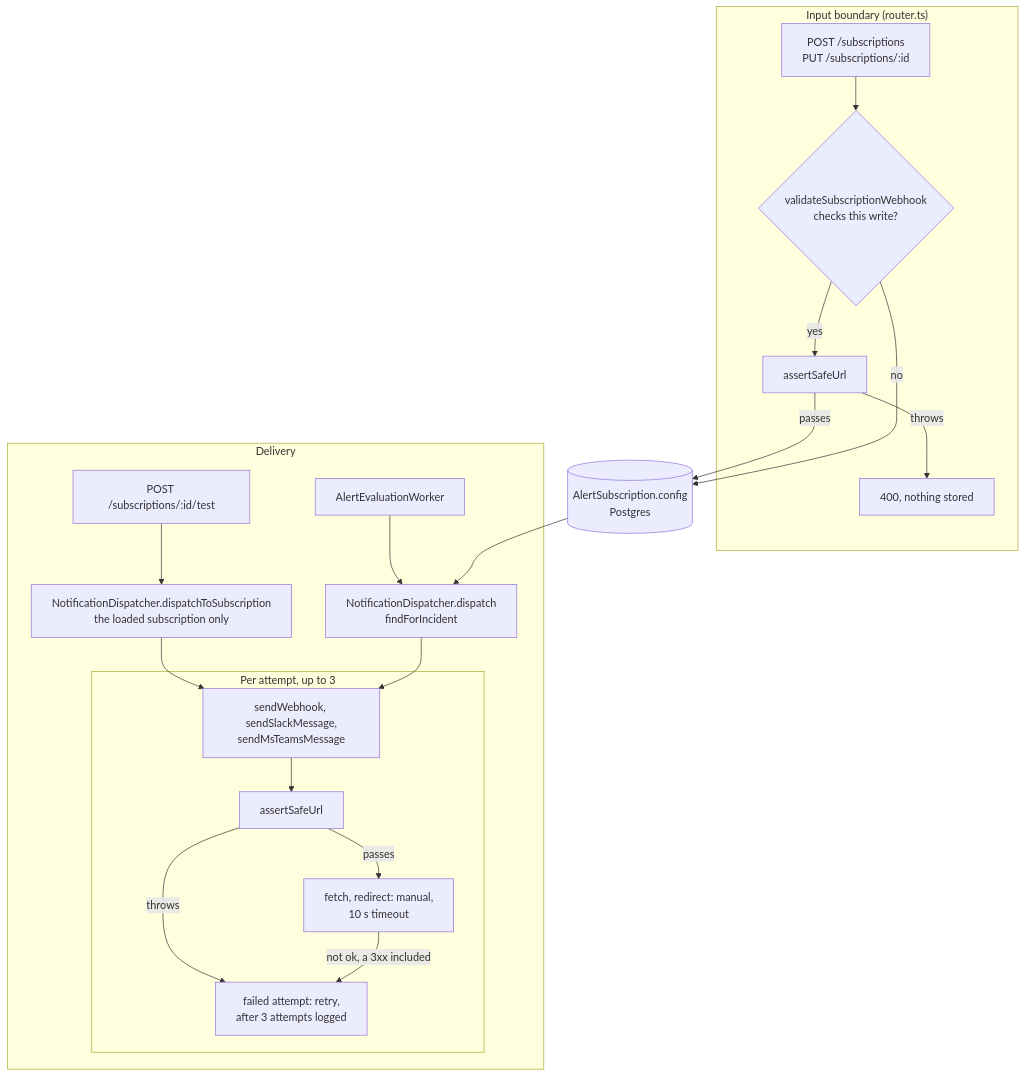
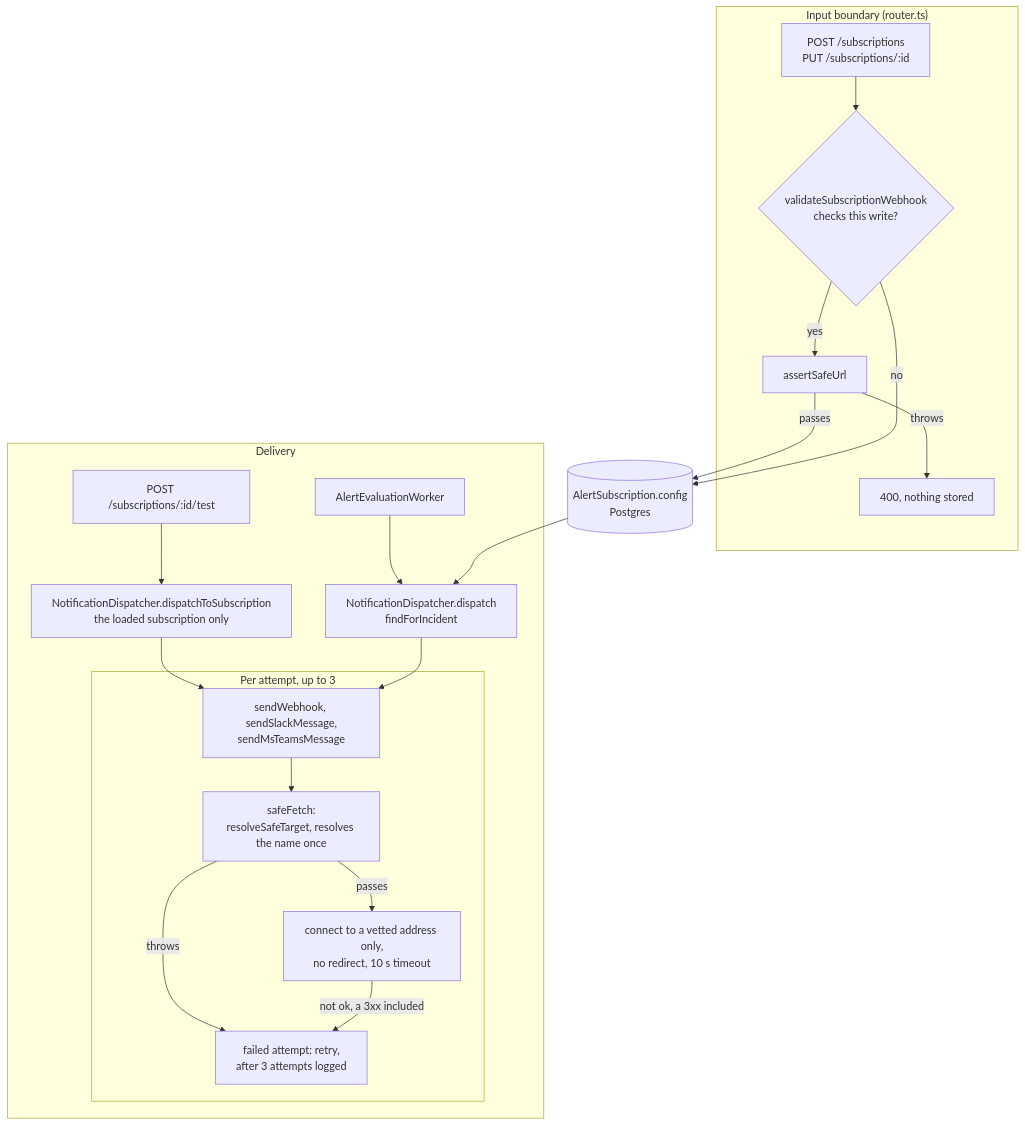
Before and after one commit to LanNguyenSi/telerithm: the diagram in docs/okf/notification-delivery-trust-boundary.md, drawn with Mermaid. The commit also changed other lines of this file and 17 other files, not shown here.

First line of the commit message:
fix(notifications): connect to the address the URL guard vetted (#184)

````diff
--- a/docs/okf/notification-delivery-trust-boundary.md
+++ b/docs/okf/notification-delivery-trust-boundary.md
@@ -41,23 +44,23 @@
 ```mermaid
 flowchart TD
   subgraph input["Input boundary (router.ts)"]
     W["POST /subscriptions<br/>PUT /subscriptions/:id"] --> V{"validateSubscriptionWebhook<br/>checks this write?"}
     V -->|yes| A1["assertSafeUrl"]
     A1 -->|throws| R400["400, nothing stored"]
   end
   A1 -->|passes| DB[("AlertSubscription.config<br/>Postgres")]
   V -->|no| DB
   subgraph delivery["Delivery"]
     AW["AlertEvaluationWorker"] --> F["NotificationDispatcher.dispatch<br/>findForIncident"]
     TR["POST /subscriptions/:id/test"] --> TD["NotificationDispatcher.dispatchToSubscription<br/>the loaded subscription only"]
     TD --> S
     F --> S
     subgraph attempt["Per attempt, up to 3"]
-      S["sendWebhook, sendSlackMessage,<br/>sendMsTeamsMessage"] --> A2["assertSafeUrl"]
-      A2 -->|passes| X["fetch, redirect: manual,<br/>10 s timeout"]
+      S["sendWebhook, sendSlackMessage,<br/>sendMsTeamsMessage"] --> A2["safeFetch:<br/>resolveSafeTarget, resolves the name once"]
+      A2 -->|passes| X["connect to a vetted address only,<br/>no redirect, 10 s timeout"]
       A2 -->|throws| RT["failed attempt: retry,<br/>after 3 attempts logged"]
       X -->|"not ok, a 3xx included"| RT
     end
   end
   DB --> F
 ```
````
